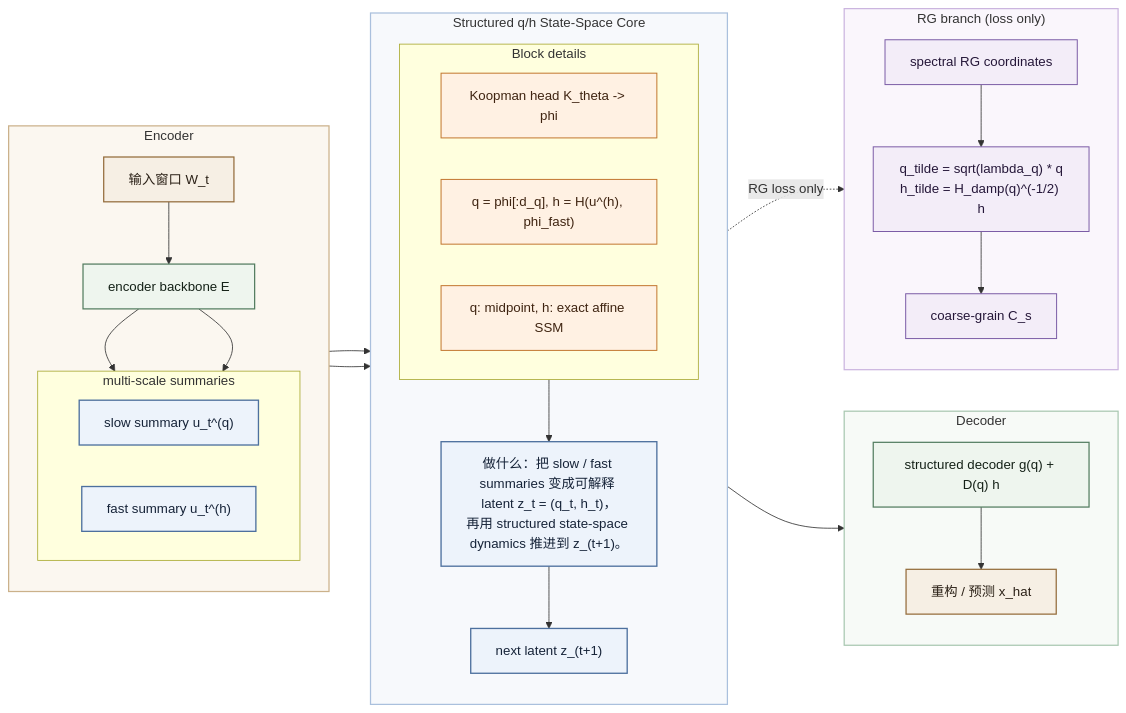
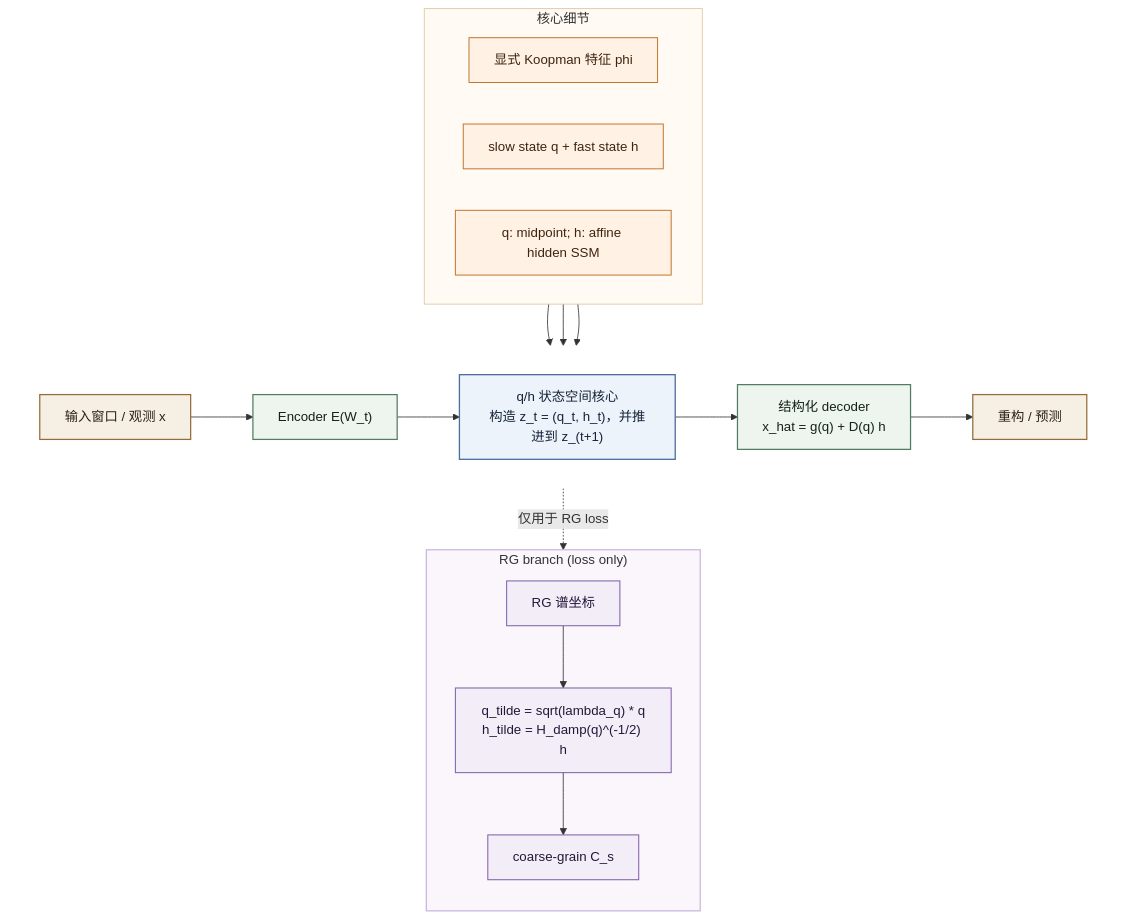
One commit to ubv3t2b4iktvbi/Neural-Dynamic-System changed the diagram in README.md. Above: the diagram before and after it, drawn with Mermaid. The commit also changed other lines of this file, not shown here.

Commit message:
Reorder README around theory first

````diff
--- a/README.md
+++ b/README.md
@@ -7,70 +34,49 @@
 ```mermaid
-flowchart LR
+flowchart TB
     classDef io fill:#f6efe4,stroke:#946c3b,stroke-width:1.5px,color:#2b2117;
     classDef stage fill:#eef5ee,stroke:#537d60,stroke-width:1.5px,color:#142117;
     classDef core fill:#edf3fb,stroke:#4d709e,stroke-width:1.6px,color:#162338;
     classDef detail fill:#fff1e3,stroke:#c2762e,stroke-width:1.2px,color:#3f2411;
     classDef aux fill:#f3edf8,stroke:#7b5ca6,stroke-width:1.2px,color:#251739;
 
-    subgraph ENC["Encoder"]
-        direction TB
-        W["输入窗口 W_t"]
-        E["encoder backbone E"]
-        W --> E
-
-        subgraph ESPLIT["multi-scale summaries"]
-            direction LR
-            UQ["slow summary u_t^(q)"]
-            UH["fast summary u_t^(h)"]
-        end
-
-        E --> UQ
-        E --> UH
+    subgraph META["核心细节"]
+        direction LR
+        D1["显式 Koopman 特征 phi"]
+        D2["slow state q + fast state h"]
+        D3["q: midpoint; h: affine hidden SSM"]
     end
 
-    subgraph CORE["Structured q/h State-Space Core"]
-        direction TB
-        subgraph META["Block details"]
-            direction LR
-            D1["Koopman head K_theta -> phi"]
-            D2["q = phi[:d_q], h = H(u^(h), phi_fast)"]
-            D3["q: midpoint, h: exact affine SSM"]
-        end
+    subgraph MAIN[" "]
+        direction LR
+        X["输入窗口 / 观测 x"]
+        ENC["Encoder E(W_t)"]
+        CORE["q/h 状态空间核心<br/>构造 z_t = (q_t, h_t)，并推进到 z_(t+1)"]
+        DEC["结构化 decoder<br/>x_hat = g(q) + D(q) h"]
+        Y["重构 / 预测"]
 
-        SSM["做什么：把 slow / fast summaries 变成可解释 latent z_t = (q_t, h_t)，<br/>再用 structured state-space dynamics 推进到 z_(t+1)。"]
-        ZNEXT["next latent z_(t+1)"]
-
-        META --> SSM --> ZNEXT
-    end
-
-    subgraph DEC["Decoder"]
-        direction TB
-        D["structured decoder g(q) + D(q) h"]
-        XH["重构 / 预测 x_hat"]
-        D --> XH
+        X --> ENC --> CORE --> DEC --> Y
     end
 
     subgraph RGB["RG branch (loss only)"]
         direction TB
-        RG1["spectral RG coordinates"]
+        RG1["RG 谱坐标"]
         RG2["q_tilde = sqrt(lambda_q) * q<br/>h_tilde = H_damp(q)^(-1/2) h"]
         CG["coarse-grain C_s"]
         RG1 --> RG2 --> CG
     end
 
-    UQ --> SSM
-    UH --> SSM
-    ZNEXT --> D
-    ZNEXT -. "RG loss only" .-> RG1
+    D1 --> CORE
+    D2 --> CORE
+    D3 --> CORE
+    CORE -. "仅用于 RG loss" .-> RG1
 
-    class W,XH io;
-    class E,D stage;
-    class UQ,UH,SSM,ZNEXT core;
+    class X,Y io;
+    class ENC,DEC stage;
+    class CORE core;
     class D1,D2,D3 detail;
     class RG1,RG2,CG aux;
 
-    style ENC fill:#fbf7f0,stroke:#cbb18a,stroke-width:1.5px
-    style CORE fill:#f7f9fc,stroke:#aac0dd,stroke-width:1.5px
-    style DEC fill:#f7faf7,stroke:#a9c7b1,stroke-width:1.5px
+    style META fill:#fffaf3,stroke:#e0c49e,stroke-width:1.0px
+    style MAIN fill:#ffffff,stroke:#ffffff,stroke-width:0px
     style RGB fill:#faf6fc,stroke:#cbb5df,stroke-width:1.5px
 ```
````
